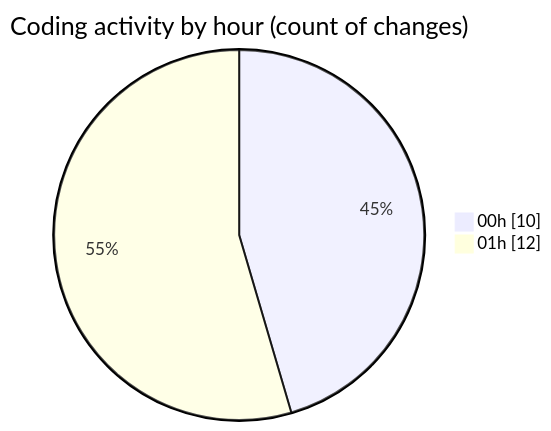
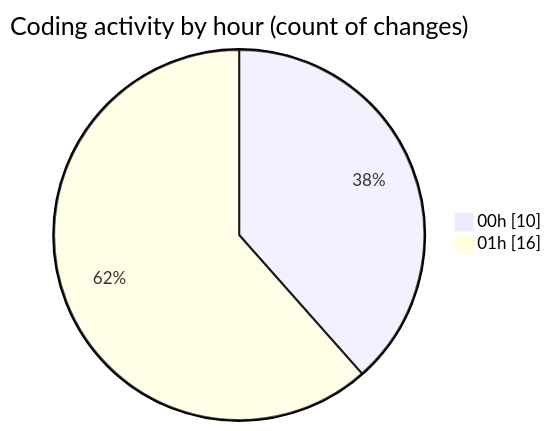
Before and after one commit to lephambinh05/code-tracking: the second of 2 diagrams in 2025-07-30/appproject/README.md, drawn with Mermaid. The commit also changed other lines of this file and 1 other file, not shown here.

````diff
--- a/2025-07-30/appproject/README.md
+++ b/2025-07-30/appproject/README.md
@@ -36,6 +39,6 @@
 ```mermaid
 pie showData
 title Coding activity by hour (count of changes)
 "00h" : 10
-"01h" : 12
+"01h" : 16
 ```
````
